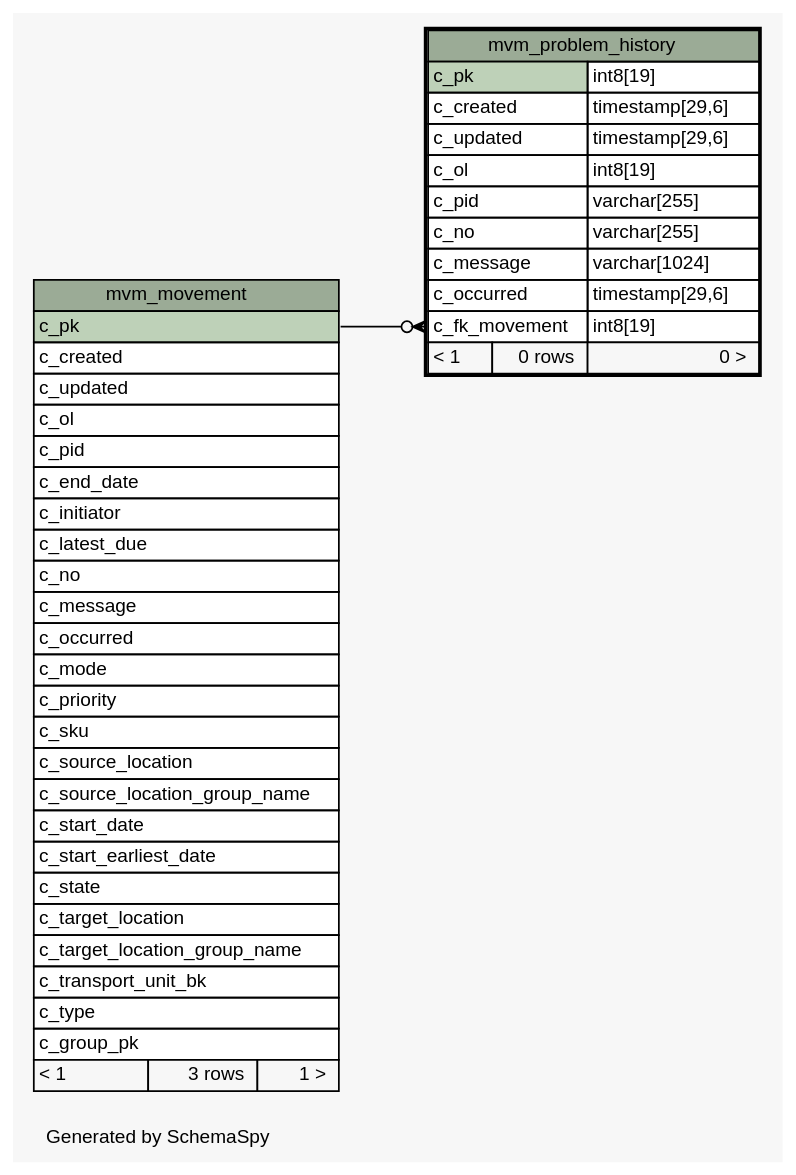
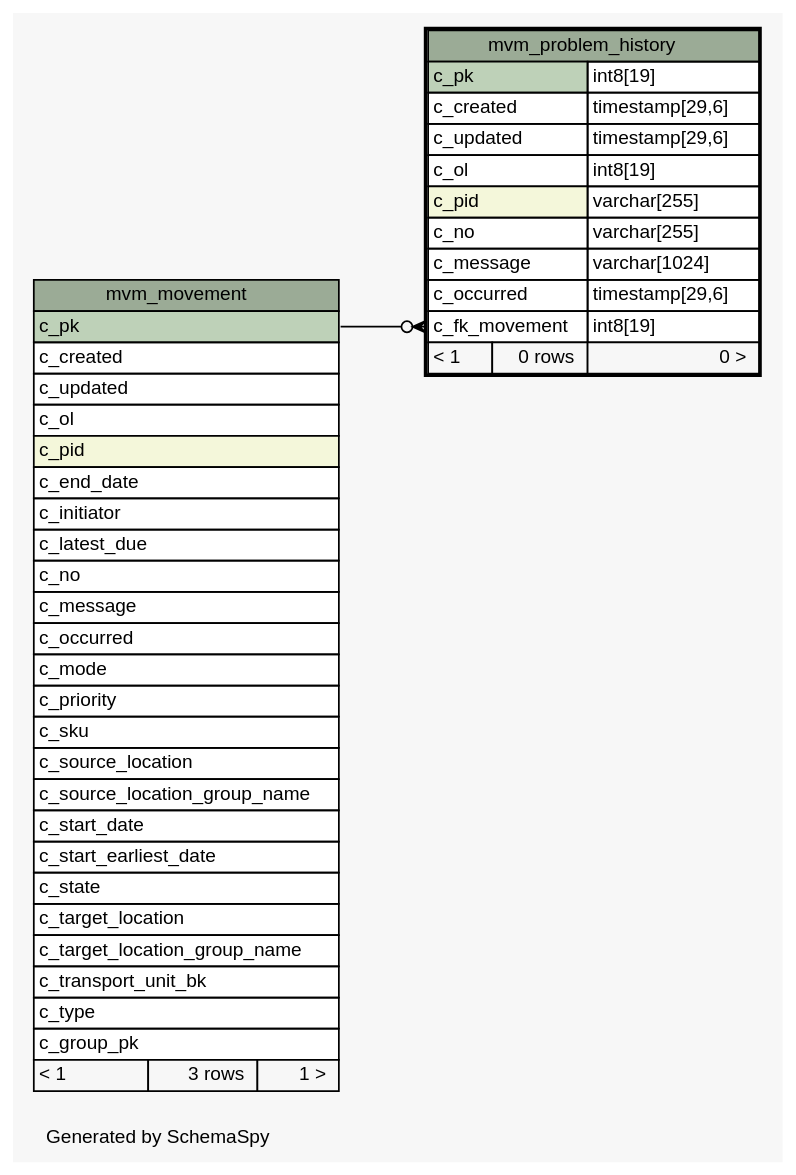
The diagram in 1.0.0-SNAPSHOT/schemaspy/diagrams/mvm_problem_history.1degree.dot (openwms/org.openwms.wms.movements.lib), drawn with Graphviz before and after one commit. The commit also changed 264 other files, not shown here.

```diff
--- a/1.0.0-SNAPSHOT/schemaspy/diagrams/mvm_problem_history.1degree.dot
+++ b/1.0.0-SNAPSHOT/schemaspy/diagrams/mvm_problem_history.1degree.dot
@@ -1,74 +1,74 @@
 // dot 2.43.0 on Linux 5.11.0-1028-azure
 // SchemaSpy rev Unknown
 digraph "oneDegreeRelationshipsDiagram" {
   graph [
     rankdir="RL"
     bgcolor="#f7f7f7"
     label="\nGenerated by SchemaSpy"
     labeljust="l"
     nodesep="0.18"
     ranksep="0.46"
     fontname="Helvetica"
     fontsize="11"
   ];
   node [
     fontname="Helvetica"
     fontsize="11"
     shape="plaintext"
   ];
   edge [
     arrowsize="0.8"
   ];
   "mvm_problem_history":"c_fk_movement":w -> "mvm_movement":"c_pk":e [arrowhead=none dir=back arrowtail=crowodot];
   "mvm_movement" [
     label=<
     <TABLE BORDER="0" CELLBORDER="1" CELLSPACING="0" BGCOLOR="#ffffff">
       <TR><TD COLSPAN="3" BGCOLOR="#9bab96" ALIGN="CENTER">mvm_movement</TD></TR>
       <TR><TD PORT="c_pk" COLSPAN="3" BGCOLOR="#bed1b8" ALIGN="LEFT">c_pk</TD></TR>
       <TR><TD PORT="c_created" COLSPAN="3" ALIGN="LEFT">c_created</TD></TR>
       <TR><TD PORT="c_updated" COLSPAN="3" ALIGN="LEFT">c_updated</TD></TR>
       <TR><TD PORT="c_ol" COLSPAN="3" ALIGN="LEFT">c_ol</TD></TR>
-      <TR><TD PORT="c_pid" COLSPAN="3" ALIGN="LEFT">c_pid</TD></TR>
+      <TR><TD PORT="c_pid" COLSPAN="3" BGCOLOR="#f4f7da" ALIGN="LEFT">c_pid</TD></TR>
       <TR><TD PORT="c_end_date" COLSPAN="3" ALIGN="LEFT">c_end_date</TD></TR>
       <TR><TD PORT="c_initiator" COLSPAN="3" ALIGN="LEFT">c_initiator</TD></TR>
       <TR><TD PORT="c_latest_due" COLSPAN="3" ALIGN="LEFT">c_latest_due</TD></TR>
       <TR><TD PORT="c_no" COLSPAN="3" ALIGN="LEFT">c_no</TD></TR>
       <TR><TD PORT="c_message" COLSPAN="3" ALIGN="LEFT">c_message</TD></TR>
       <TR><TD PORT="c_occurred" COLSPAN="3" ALIGN="LEFT">c_occurred</TD></TR>
       <TR><TD PORT="c_mode" COLSPAN="3" ALIGN="LEFT">c_mode</TD></TR>
       <TR><TD PORT="c_priority" COLSPAN="3" ALIGN="LEFT">c_priority</TD></TR>
       <TR><TD PORT="c_sku" COLSPAN="3" ALIGN="LEFT">c_sku</TD></TR>
       <TR><TD PORT="c_source_location" COLSPAN="3" ALIGN="LEFT">c_source_location</TD></TR>
       <TR><TD PORT="c_source_location_group_name" COLSPAN="3" ALIGN="LEFT">c_source_location_group_name</TD></TR>
       <TR><TD PORT="c_start_date" COLSPAN="3" ALIGN="LEFT">c_start_date</TD></TR>
       <TR><TD PORT="c_start_earliest_date" COLSPAN="3" ALIGN="LEFT">c_start_earliest_date</TD></TR>
       <TR><TD PORT="c_state" COLSPAN="3" ALIGN="LEFT">c_state</TD></TR>
       <TR><TD PORT="c_target_location" COLSPAN="3" ALIGN="LEFT">c_target_location</TD></TR>
       <TR><TD PORT="c_target_location_group_name" COLSPAN="3" ALIGN="LEFT">c_target_location_group_name</TD></TR>
       <TR><TD PORT="c_transport_unit_bk" COLSPAN="3" ALIGN="LEFT">c_transport_unit_bk</TD></TR>
       <TR><TD PORT="c_type" COLSPAN="3" ALIGN="LEFT">c_type</TD></TR>
       <TR><TD PORT="c_group_pk" COLSPAN="3" ALIGN="LEFT">c_group_pk</TD></TR>
       <TR><TD ALIGN="LEFT" BGCOLOR="#f7f7f7">&lt; 1</TD><TD ALIGN="RIGHT" BGCOLOR="#f7f7f7">3 rows</TD><TD ALIGN="RIGHT" BGCOLOR="#f7f7f7">1 &gt;</TD></TR>
     </TABLE>>
     URL="mvm_movement.html"
     tooltip="mvm_movement"
   ];
   "mvm_problem_history" [
     label=<
     <TABLE BORDER="2" CELLBORDER="1" CELLSPACING="0" BGCOLOR="#ffffff">
       <TR><TD COLSPAN="3" BGCOLOR="#9bab96" ALIGN="CENTER">mvm_problem_history</TD></TR>
       <TR><TD PORT="c_pk" COLSPAN="2" BGCOLOR="#bed1b8" ALIGN="LEFT">c_pk</TD><TD PORT="c_pk.type" ALIGN="LEFT">int8[19]</TD></TR>
       <TR><TD PORT="c_created" COLSPAN="2" ALIGN="LEFT">c_created</TD><TD PORT="c_created.type" ALIGN="LEFT">timestamp[29,6]</TD></TR>
       <TR><TD PORT="c_updated" COLSPAN="2" ALIGN="LEFT">c_updated</TD><TD PORT="c_updated.type" ALIGN="LEFT">timestamp[29,6]</TD></TR>
       <TR><TD PORT="c_ol" COLSPAN="2" ALIGN="LEFT">c_ol</TD><TD PORT="c_ol.type" ALIGN="LEFT">int8[19]</TD></TR>
-      <TR><TD PORT="c_pid" COLSPAN="2" ALIGN="LEFT">c_pid</TD><TD PORT="c_pid.type" ALIGN="LEFT">varchar[255]</TD></TR>
+      <TR><TD PORT="c_pid" COLSPAN="2" BGCOLOR="#f4f7da" ALIGN="LEFT">c_pid</TD><TD PORT="c_pid.type" ALIGN="LEFT">varchar[255]</TD></TR>
       <TR><TD PORT="c_no" COLSPAN="2" ALIGN="LEFT">c_no</TD><TD PORT="c_no.type" ALIGN="LEFT">varchar[255]</TD></TR>
       <TR><TD PORT="c_message" COLSPAN="2" ALIGN="LEFT">c_message</TD><TD PORT="c_message.type" ALIGN="LEFT">varchar[1024]</TD></TR>
       <TR><TD PORT="c_occurred" COLSPAN="2" ALIGN="LEFT">c_occurred</TD><TD PORT="c_occurred.type" ALIGN="LEFT">timestamp[29,6]</TD></TR>
       <TR><TD PORT="c_fk_movement" COLSPAN="2" ALIGN="LEFT">c_fk_movement</TD><TD PORT="c_fk_movement.type" ALIGN="LEFT">int8[19]</TD></TR>
       <TR><TD ALIGN="LEFT" BGCOLOR="#f7f7f7">&lt; 1</TD><TD ALIGN="RIGHT" BGCOLOR="#f7f7f7">0 rows</TD><TD ALIGN="RIGHT" BGCOLOR="#f7f7f7">0 &gt;</TD></TR>
     </TABLE>>
     URL="mvm_problem_history.html"
     tooltip="mvm_problem_history"
   ];
 }
```
